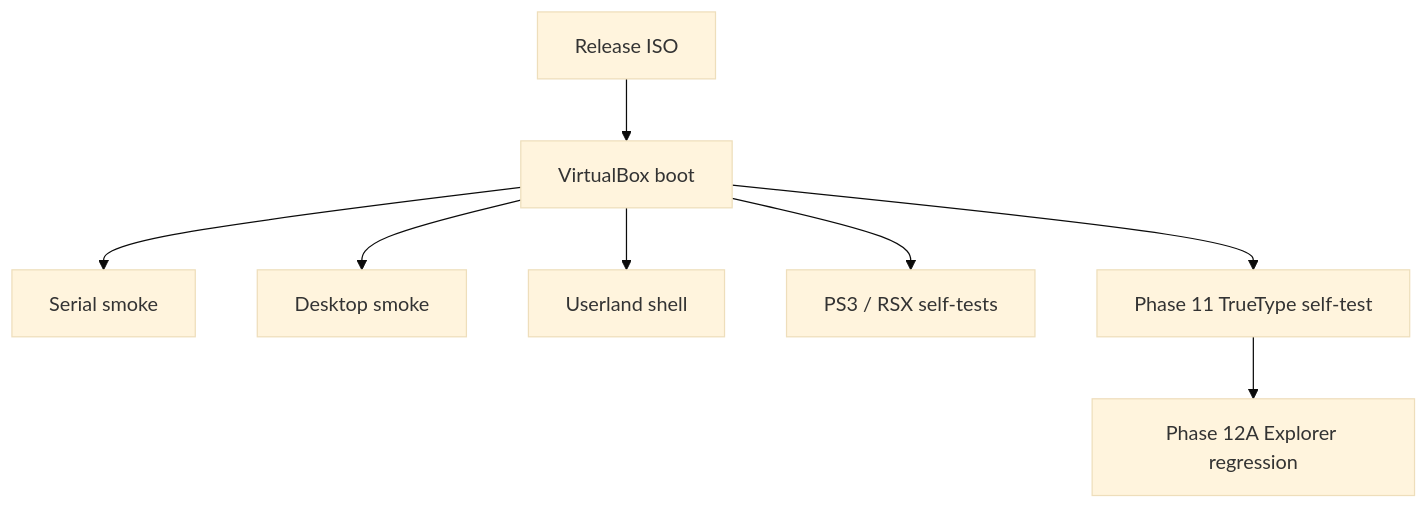
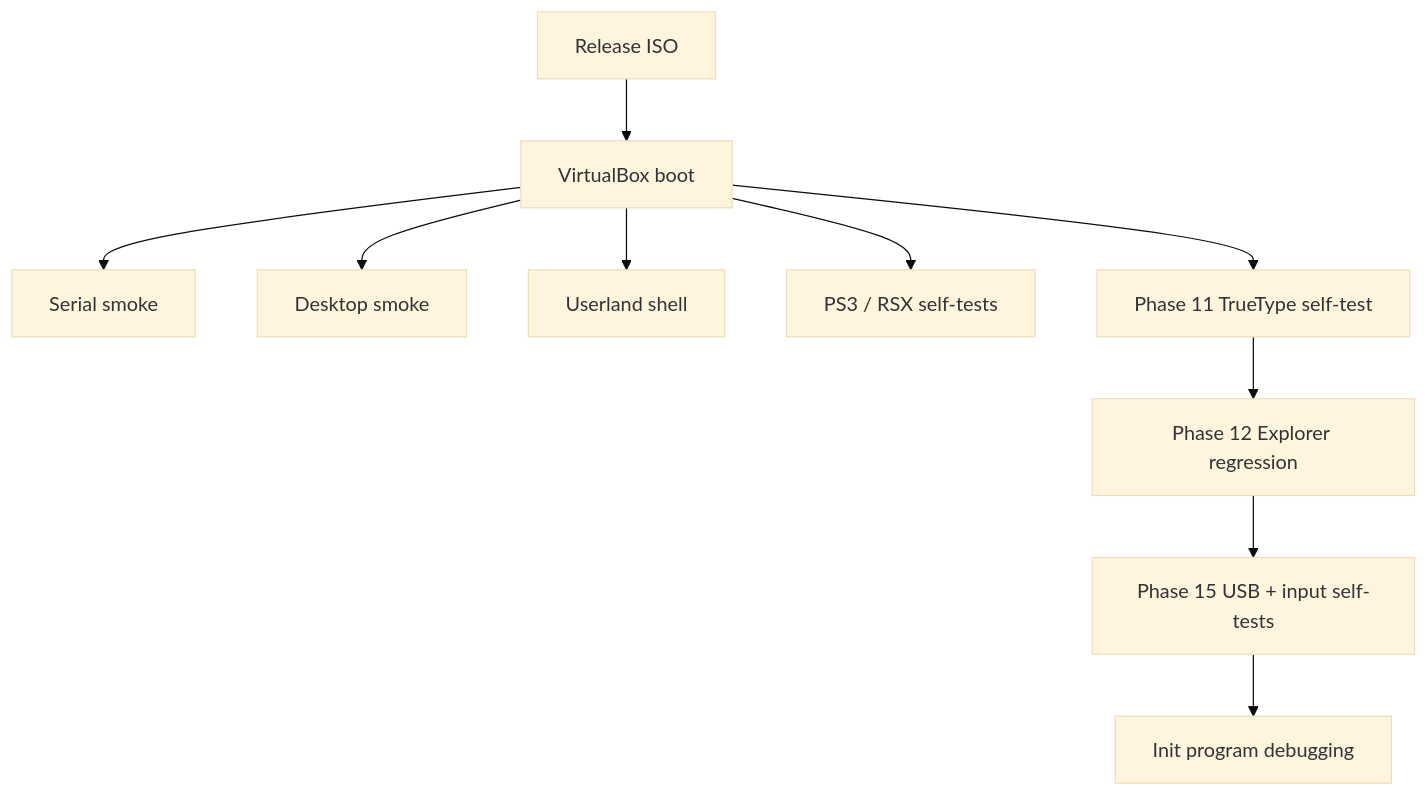
Before and after one commit to NotY215/NotYVOS: the diagram in docs/testing.md, drawn with Mermaid (base theme). The commit also changed other lines of this file, not shown here.

Commit message:
docs: update current roadmap references

````diff
--- a/docs/testing.md
+++ b/docs/testing.md
@@ -5,10 +5,12 @@
 ```mermaid
 flowchart TD
     BUILD[Release ISO] --> VBOX[VirtualBox boot]
     VBOX --> SERIAL[Serial smoke]
     VBOX --> DESK[Desktop smoke]
     VBOX --> SHELL[Userland shell]
     VBOX --> PS3[PS3 / RSX self-tests]
     VBOX --> FONT[Phase 11 TrueType self-test]
-    FONT --> NEXT[Phase 12A Explorer regression]
+    FONT --> EXPLORER[Phase 12 Explorer regression]
+    EXPLORER --> USB[Phase 15 USB + input self-tests]
+    USB --> INIT[Init program debugging]
 ```
````
